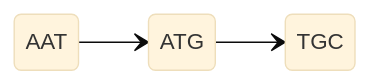
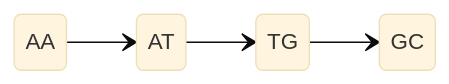
One commit to mariogualsaquigomez/DNASequencing_Project_KAUST2025 changed the second of 2 diagrams in Problem28/EXPLANATION.MD. Above: the diagram before and after it, drawn with Mermaid (base theme). The commit also changed other lines of this file, not shown here.

````diff
--- a/Problem28/EXPLANATION.MD
+++ b/Problem28/EXPLANATION.MD
@@ -135,6 +136,7 @@
 ```mermaid
 stateDiagram-v2
     direction LR
-    AAT --> ATG
-    ATG --> TGC
+    AA --> AT
+    AT --> TG
+    TG --> GC
 ```
````
